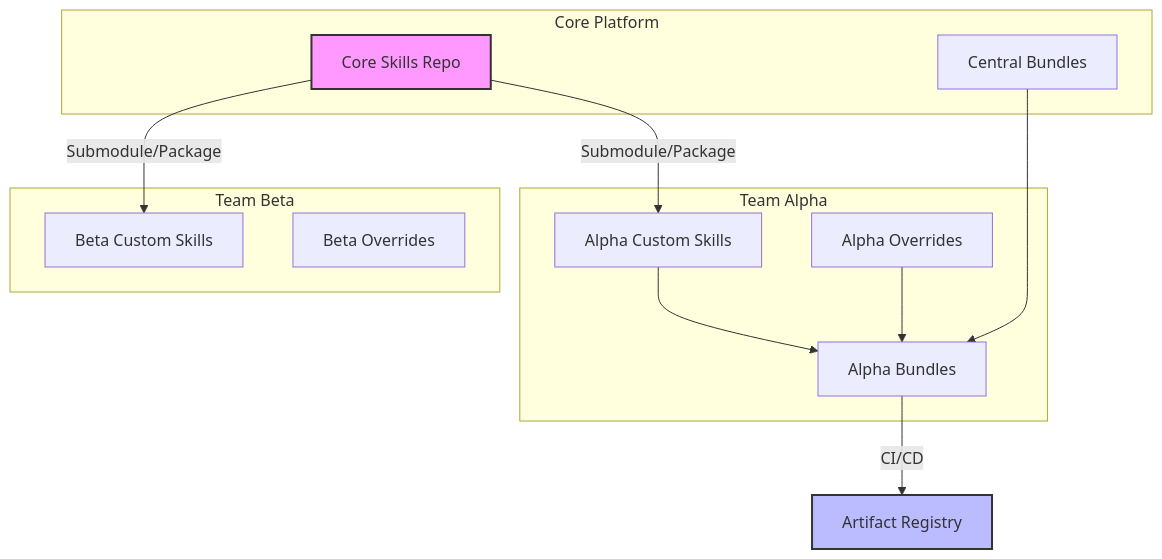
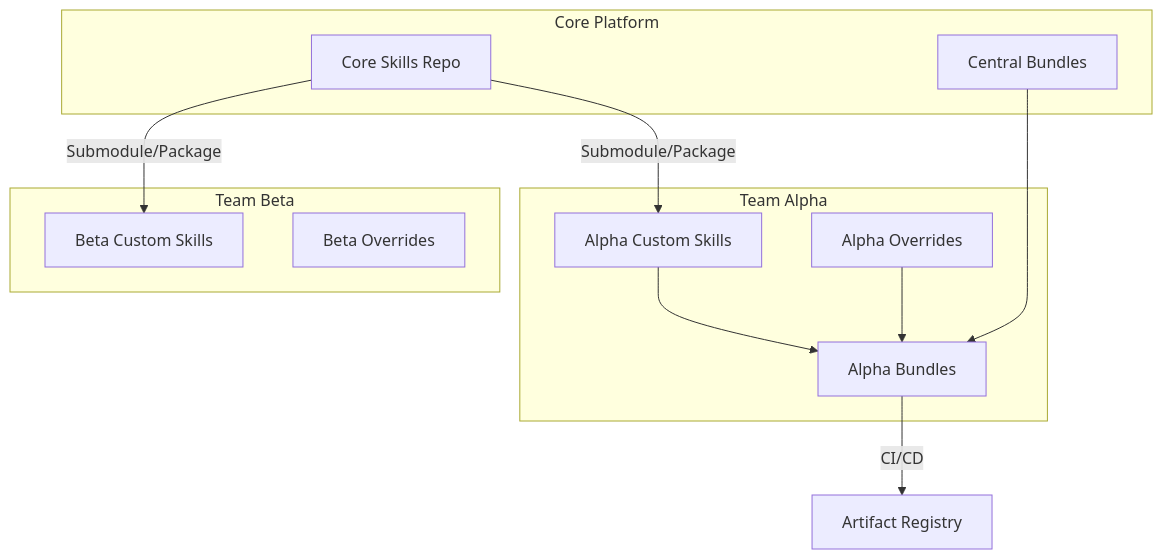
Before and after one commit to j4flmao/agent-skills: the first of 2 diagrams in docs/business/enterprise-guide.md, drawn with Mermaid. The commit also changed 8 other files, not shown here.

Commit message:
style: Strip hardcoded Mermaid styles for Dark Mode compatibility

````diff
--- a/docs/business/enterprise-guide.md
+++ b/docs/business/enterprise-guide.md
@@ -23,30 +23,29 @@
 ```mermaid
 graph TD
     subgraph Core Platform
         CS[Core Skills Repo]
         CB[Central Bundles]
     end
 
     subgraph Team Alpha
         TA_S[Alpha Custom Skills]
         TA_O[Alpha Overrides]
         TA_B[Alpha Bundles]
     end
 
     subgraph Team Beta
         TB_S[Beta Custom Skills]
         TB_O[Beta Overrides]
     end
 
     CS --> |Submodule/Package| TA_S
     CS --> |Submodule/Package| TB_S
 
     TA_S --> TA_B
     TA_O --> TA_B
     CB --> TA_B
 
     TA_B --> |CI/CD| ArtifactRegistry[Artifact Registry]
-    
-    style CS fill:#f9f,stroke:#333,stroke-width:2px
-    style ArtifactRegistry fill:#bbf,stroke:#333,stroke-width:2px
+
+
 ```
````
